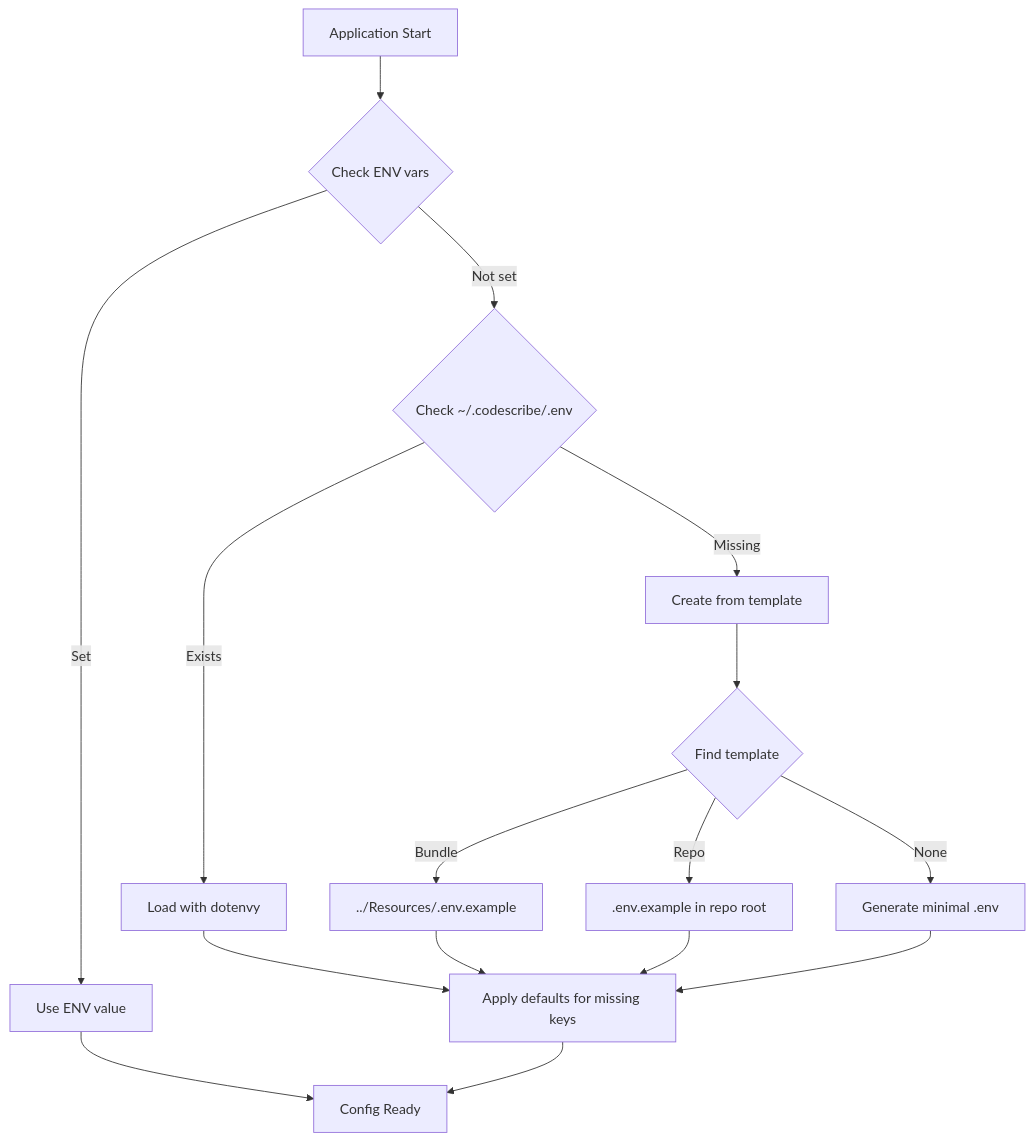
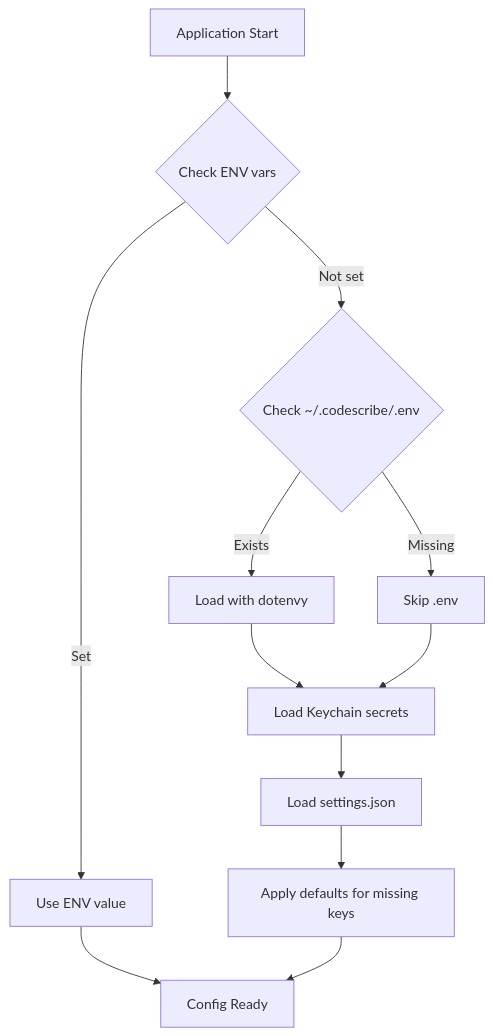
One commit to vetcoders/codescribe changed the first of 2 diagrams in docs/INSTALLATION.md. Above: the diagram before and after it, drawn with Mermaid. The commit also changed other lines of this file and 14 other files, not shown here.

````diff
--- a/docs/INSTALLATION.md
+++ b/docs/INSTALLATION.md
@@ -65,18 +75,14 @@
 ```mermaid
 flowchart TD
     A[Application Start] --> B{Check ENV vars}
     B -->|Set| C[Use ENV value]
     B -->|Not set| D{Check ~/.codescribe/.env}
     D -->|Exists| E[Load with dotenvy]
-    D -->|Missing| F[Create from template]
-    F --> G{Find template}
-    G -->|Bundle| H[../Resources/.env.example]
-    G -->|Repo| I[.env.example in repo root]
-    G -->|None| J[Generate minimal .env]
-    E --> K[Apply defaults for missing keys]
-    H --> K
-    I --> K
-    J --> K
+    D -->|Missing| F[Skip .env]
+    E --> KC[Load Keychain secrets]
+    F --> KC
+    KC --> S[Load settings.json]
+    S --> K[Apply defaults for missing keys]
     C --> L[Config Ready]
     K --> L
 ```
````
